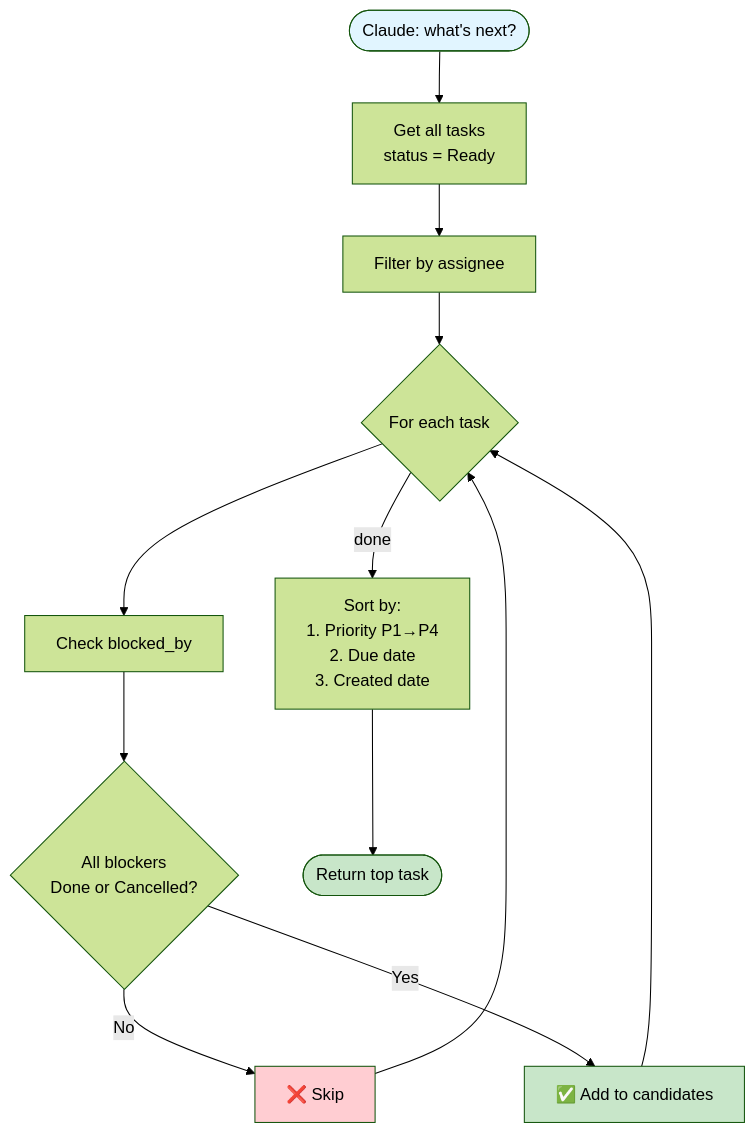
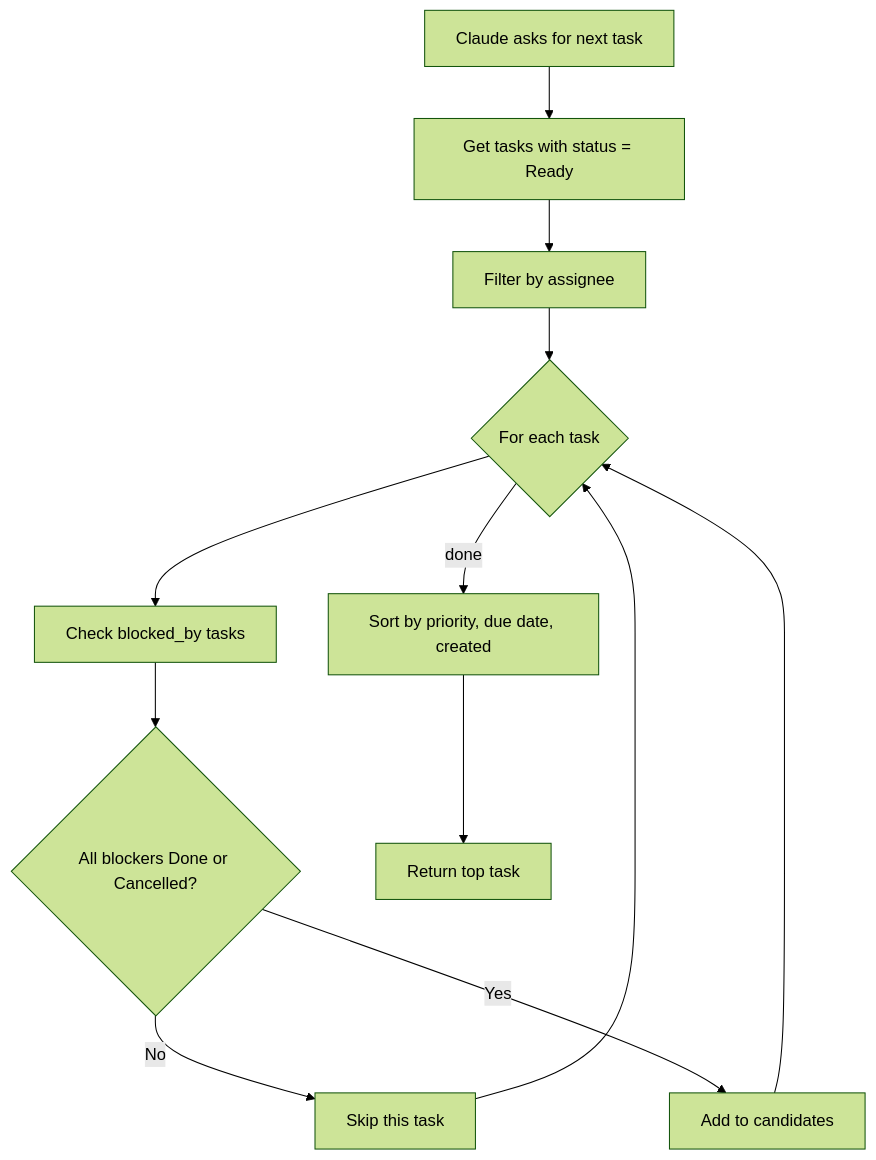
The third of 3 diagrams in README.md (punparin/task-manager-mcp), drawn with Mermaid (forest theme) before and after one commit. The commit also changed other lines of this file, not shown here.

First line of the commit message:
docs: simplify mermaid diagrams for GitHub compatibility

````diff
--- a/README.md
+++ b/README.md
@@ -53,19 +53,25 @@
 ```mermaid
 flowchart TD
-    Start([Claude: what's next?]) --> Filter1[Get all tasks<br/>status = Ready]
-    Filter1 --> Filter2[Filter by assignee]
-    Filter2 --> Loop{For each task}
-    Loop --> Check[Check blocked_by]
-    Check --> AllDone{All blockers<br/>Done or Cancelled?}
-    AllDone -->|No| Skip[❌ Skip]
-    AllDone -->|Yes| Add[✅ Add to candidates]
+    Start[Claude asks for next task]
+    Filter1[Get tasks with status = Ready]
+    Filter2[Filter by assignee]
+    Loop{For each task}
+    Check[Check blocked_by tasks]
+    AllDone{All blockers Done or Cancelled?}
+    Skip[Skip this task]
+    Add[Add to candidates]
+    Sort[Sort by priority, due date, created]
+    Return[Return top task]
+
+    Start --> Filter1
+    Filter1 --> Filter2
+    Filter2 --> Loop
+    Loop --> Check
+    Check --> AllDone
+    AllDone -->|No| Skip
+    AllDone -->|Yes| Add
     Skip --> Loop
     Add --> Loop
-    Loop -->|done| Sort[Sort by:<br/>1. Priority P1→P4<br/>2. Due date<br/>3. Created date]
-    Sort --> Return([Return top task])
-
-    style Start fill:#e1f5ff
-    style Return fill:#c8e6c9
-    style Skip fill:#ffcdd2
-    style Add fill:#c8e6c9
+    Loop -->|done| Sort
+    Sort --> Return
 ```
````
